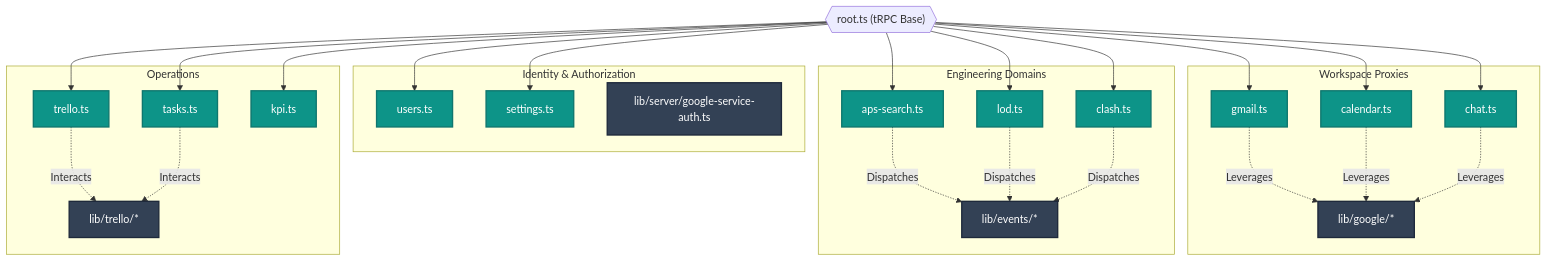
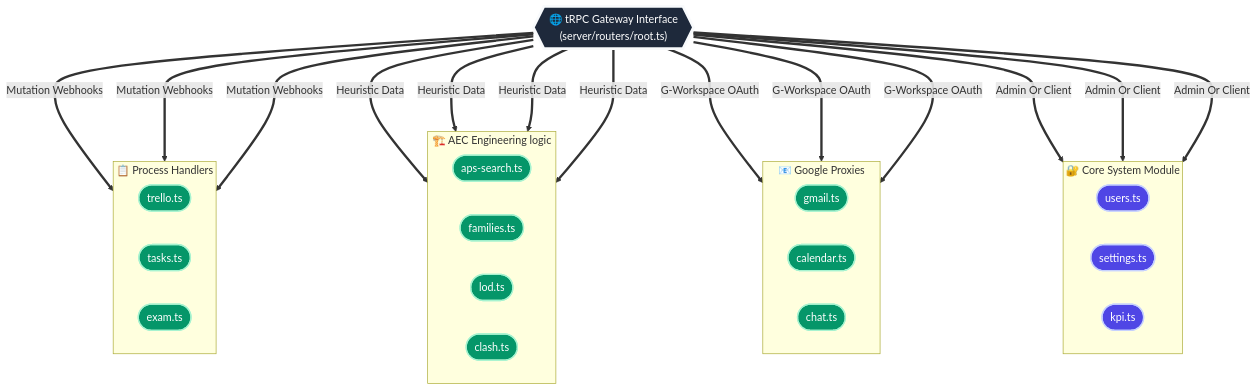
Before and after one commit to lecgarq/Dashboard: the third of 3 diagrams in .gsd/ARCHITECTURE.md, drawn with Mermaid. The commit also changed other lines of this file, not shown here.

Commit message:
docs: overhaul architecture maps into astonishing C4-style mermaid flowcharts

````diff
--- a/.gsd/ARCHITECTURE.md
+++ b/.gsd/ARCHITECTURE.md
@@ -116,42 +107,43 @@
 ```mermaid
-graph TD
-    classDef router fill:#0d9488,stroke:#0f766e,stroke-width:2px,color:#fff
-    classDef lib fill:#334155,stroke:#1e293b,stroke-width:2px,color:#fff
+flowchart TD
+    %% Specialized Hub Look
+    classDef base fill:#1e293b,stroke:#f8fafc,stroke-width:4px,color:#fff
+    classDef core fill:#4f46e5,stroke:#c7d2fe,stroke-width:2px,color:#fff
+    classDef logic fill:#059669,stroke:#a7f3d0,stroke-width:2px,color:#fff
     
-    RootRouter{{"root.ts (tRPC Base)"}}
+    TRPC{{"🌐 tRPC Gateway Interface\n(server/routers/root.ts)"}}:::base
     
-    subgraph "Identity & Authorization"
-        Auth["users.ts"]:::router
-        Settings["settings.ts"]:::router
-        AuthGuard["lib/server/google-service-auth.ts"]:::lib
+    subgraph "🔐 Core System Module"
+        direction LR
+        U([users.ts]):::core
+        S([settings.ts]):::core
+        K([kpi.ts]):::core
+    end
+    
+    subgraph "📧 Google Proxies"
+        direction LR
+        GM([gmail.ts]):::logic
+        Ca([calendar.ts]):::logic
+        Ch([chat.ts]):::logic
+    end
+    
+    subgraph "🏗️ AEC Engineering logic"
+        direction LR
+        AP([aps-search.ts]):::logic
+        FA([families.ts]):::logic
+        LD([lod.ts]):::logic
+        CL([clash.ts]):::logic
     end
 
-    subgraph "Workspace Proxies"
-        Gmail["gmail.ts"]:::router
-        Cal["calendar.ts"]:::router
-        Chat["chat.ts"]:::router
-        EvtGoogle["lib/google/*"]:::lib
+    subgraph "📋 Process Handlers"
+        direction LR
+        TR([trello.ts]):::logic
+        TS([tasks.ts]):::logic
+        EX([exam.ts]):::logic
     end
 
-    subgraph "Engineering Domains"
-        APS["aps-search.ts"]:::router
-        LODR["lod.ts"]:::router
-        Clash["clash.ts"]:::router
-        EvtEvents["lib/events/*"]:::lib
-    end
-
-    subgraph "Operations"
-        Trello["trello.ts"]:::router
-        Tasks["tasks.ts"]:::router
-        KPI["kpi.ts"]:::router
-        EvtTrello["lib/trello/*"]:::lib
-    end
-    
-    RootRouter --> Auth & Gmail & APS & Trello
-    RootRouter --> Settings & Cal & LODR & Tasks
-    RootRouter --> Chat & Clash & KPI
-    
-    Gmail & Cal & Chat -.->|"Leverages"| EvtGoogle
-    APS & LODR & Clash -.->|"Dispatches"| EvtEvents
-    Trello & Tasks -.->|"Interacts"| EvtTrello
+    TRPC ===> |"Admin Or Client"| U & S & K
+    TRPC ===> |"G-Workspace OAuth"| GM & Ca & Ch
+    TRPC ===> |"Heuristic Data"| AP & FA & LD & CL
+    TRPC ===> |"Mutation Webhooks"| TR & TS & EX
 ```
````
